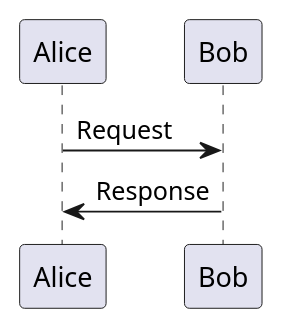
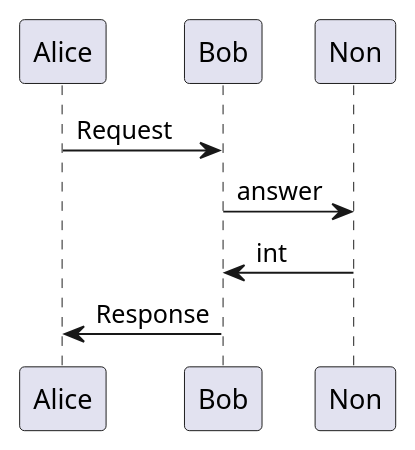
Before and after one commit to Aso2001003/2021sys-design: the diagram in test.md, drawn with PlantUML.

````diff
--- a/test.md
+++ b/test.md
@@ -1,8 +1,10 @@
 ```uml
 @startuml
 
 Alice -> Bob : Request
+Bob -> Non : answer 
+Non -> Bob : int
 Bob -> Alice : Response
 
 @enduml
 ```
````
